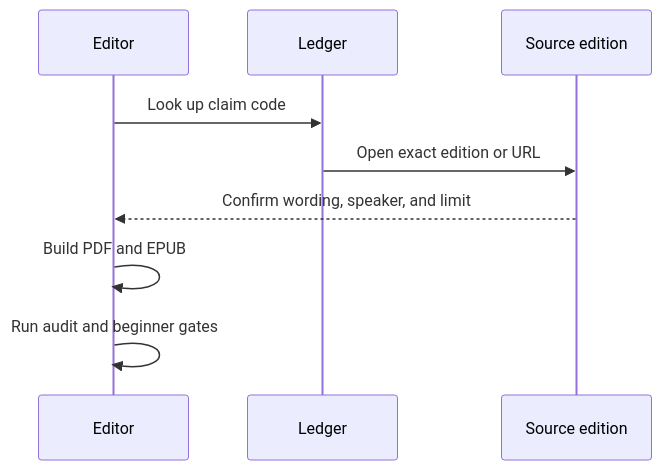
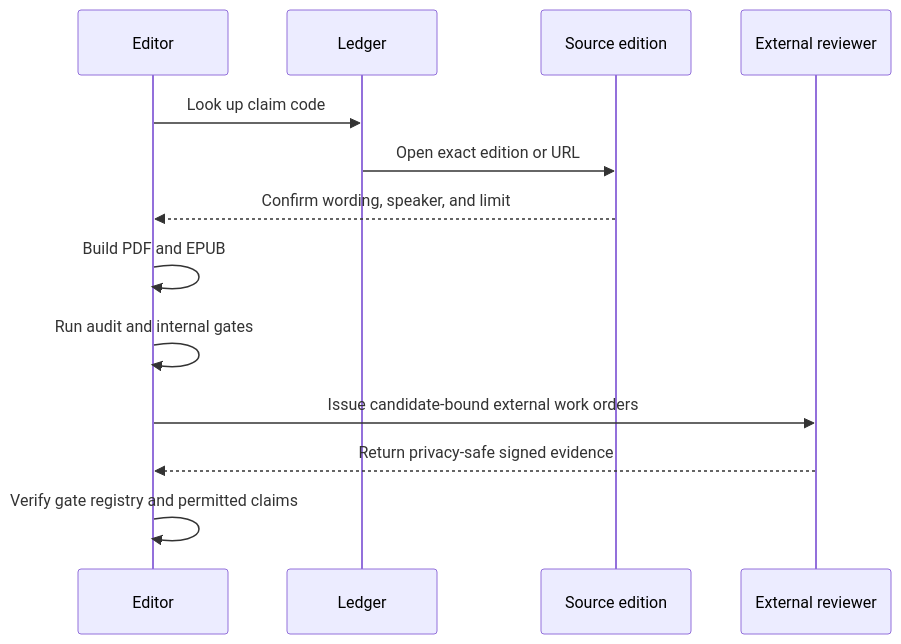
One commit to streamentry/streamentry changed the third of 3 diagrams in book/references/AGENTS.md. Above: the diagram before and after it, drawn with Mermaid. The commit also changed other lines of this file and 32 other files, not shown here.

````diff
--- a/book/references/AGENTS.md
+++ b/book/references/AGENTS.md
@@ -54,11 +63,15 @@
 ```mermaid
 sequenceDiagram
   participant E as Editor
   participant L as Ledger
   participant S as Source edition
+  participant R as External reviewer
   E->>L: Look up claim code
   L->>S: Open exact edition or URL
   S-->>E: Confirm wording, speaker, and limit
   E->>E: Build PDF and EPUB
-  E->>E: Run audit and beginner gates
+  E->>E: Run audit and internal gates
+  E->>R: Issue candidate-bound external work orders
+  R-->>E: Return privacy-safe signed evidence
+  E->>E: Verify gate registry and permitted claims
 ```
````
